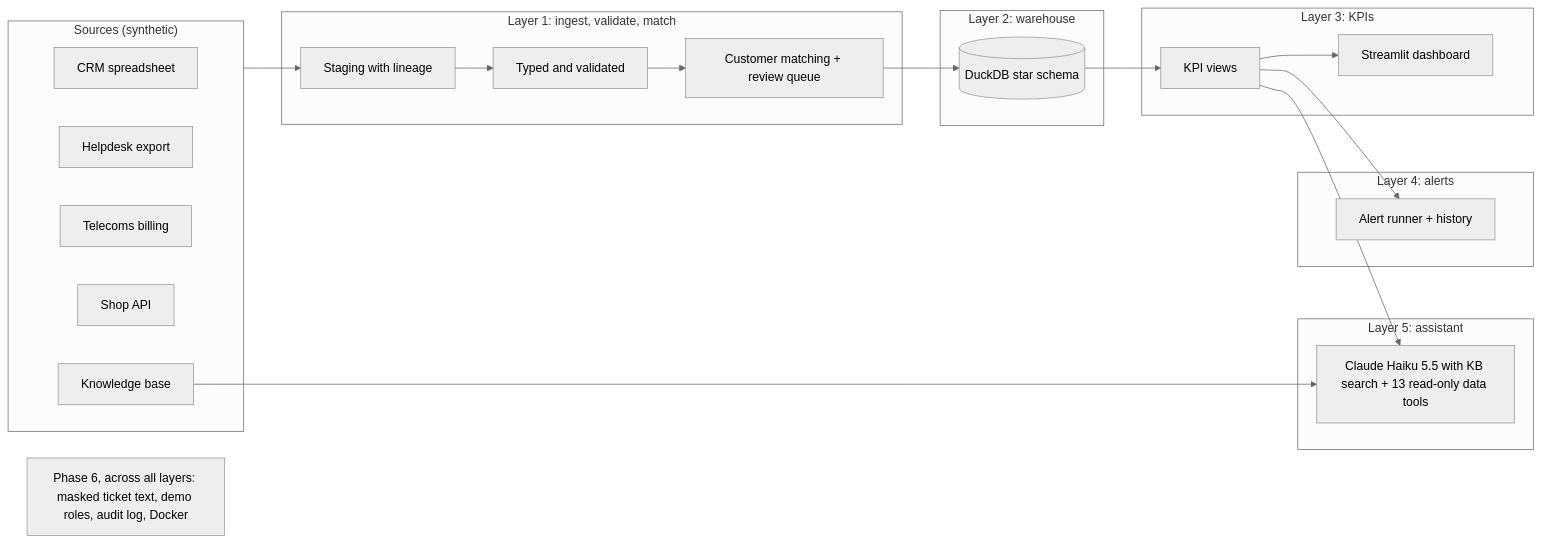
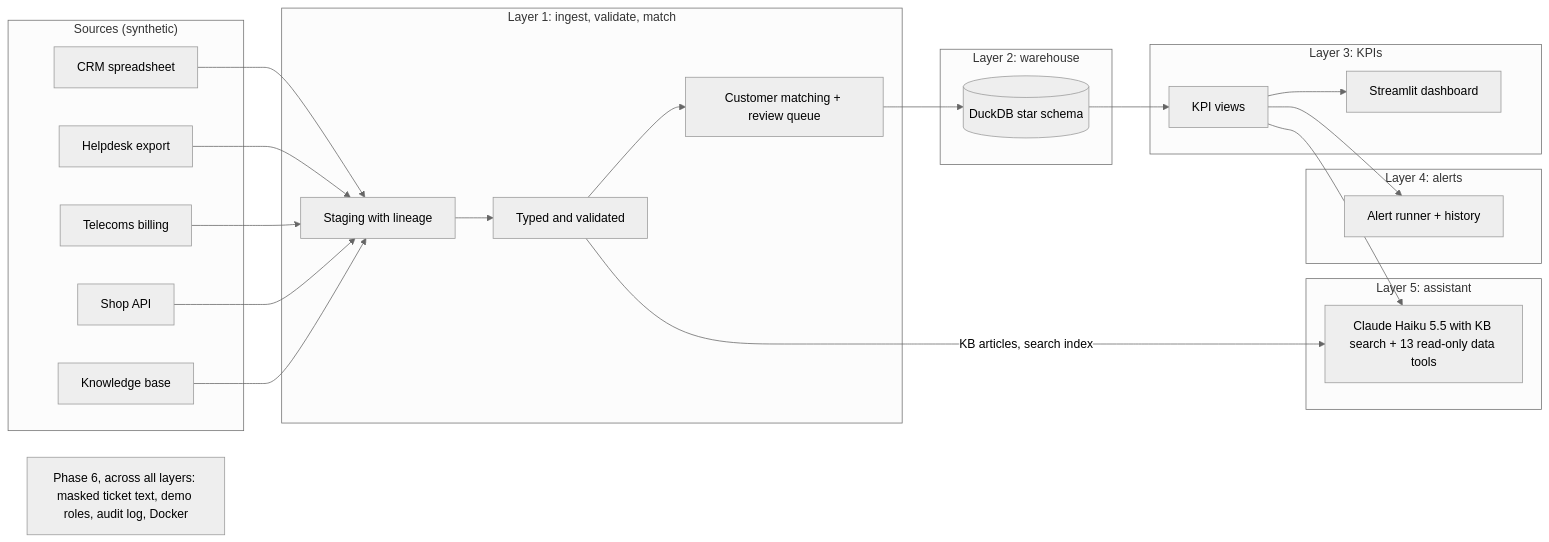
One commit to yarushahemmanuel10/northgate-ops-intel changed the diagram in README.md. Above: the diagram before and after it, drawn with Mermaid (neutral theme).

Commit message:
README diagram: every source feeds ingestion; KB reaches the assistant via validation (7.2)
Found by rendering the README with Mermaid 11.4.1: the subgraph-level edge
drew only CRM as connected, and KB was shown bypassing Layer 1, which the
code does not do (the search index is built from validated articles).

Claude-Session: https://claude.ai/code/session_01REqKK9Vx3D1mCLymLrHFHH

````diff
--- a/README.md
+++ b/README.md
@@ -74,31 +74,31 @@
 ```mermaid
 flowchart LR
     subgraph Sources["Sources (synthetic)"]
         CRM[CRM spreadsheet]
         HD[Helpdesk export]
         TB[Telecoms billing]
         SHOP[Shop API]
         KB[Knowledge base]
     end
     subgraph L1["Layer 1: ingest, validate, match"]
         ING[Staging with lineage] --> VAL[Typed and validated] --> RES[Customer matching + review queue]
     end
     subgraph L2["Layer 2: warehouse"]
         WH[(DuckDB star schema)]
     end
     subgraph L3["Layer 3: KPIs"]
         KPI[KPI views] --> DASH[Streamlit dashboard]
     end
     subgraph L4["Layer 4: alerts"]
         AL[Alert runner + history]
     end
     subgraph L5["Layer 5: assistant"]
         AS[Claude Haiku 5.5 with KB search + 13 read-only data tools]
     end
-    Sources --> ING
+    CRM & HD & TB & SHOP & KB --> ING
     RES --> WH --> KPI
     KPI --> AL
     KPI --> AS
-    KB --> AS
+    VAL -- "KB articles, search index" --> AS
     P6["Phase 6, across all layers: masked ticket text, demo roles, audit log, Docker"]
 ```
````
